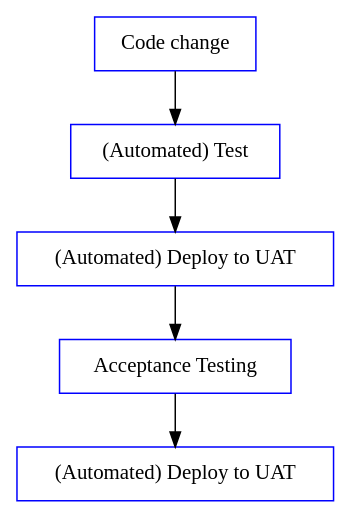
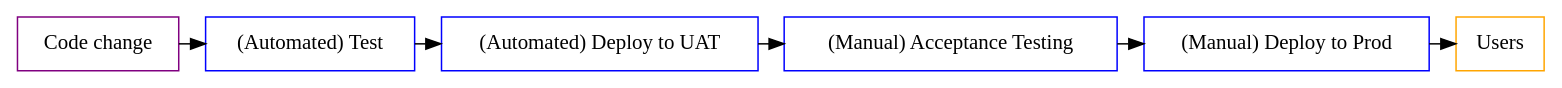
One commit to atsaloli/cicd changed the diagram in img/lab-pipeline.dot. Above: the diagram before and after it, drawn with Graphviz.

```diff
--- a/img/lab-pipeline.dot
+++ b/img/lab-pipeline.dot
@@ -1,15 +1,18 @@
-digraph policy_propagation {
+digraph G {
   node [ shape = box ];
 
-    code [ label = "Code change"      color = blue style = filled fillcolor = white ]
+  code [ label = "Code change"      color = purple style = filled fillcolor = white ]
+
+  subgraph pipeline {
     test [ label = "(Automated) Test" color = blue style = filled fillcolor = white ]
     deploy_uat [ label = "(Automated) Deploy to UAT" color = blue style = filled fillcolor = white ]
-    uat_test [ label = "Acceptance Testing" color = blue style = filled fillcolor = white ]
-    deploy_prod [ label = "(Automated) Deploy to UAT" color = blue style = filled fillcolor = white ]
+    uat_test [ label = "(Manual) Acceptance Testing" color = blue style = filled fillcolor = white ]
+    deploy_prod [ label = "(Manual) Deploy to Prod" color = blue style = filled fillcolor = white ]
+    label = "CI/CD Pipeline";
+    style = filled;
+  }
 
-  code -> test;
-  test -> deploy_uat;
-  deploy_uat -> uat_test;
-  uat_test -> deploy_prod;
+  users [ label = "Users"      color = orange style = filled fillcolor = white ]
 
+  code -> test -> deploy_uat -> uat_test -> deploy_prod -> users [constraint=false]; 
 }
```
